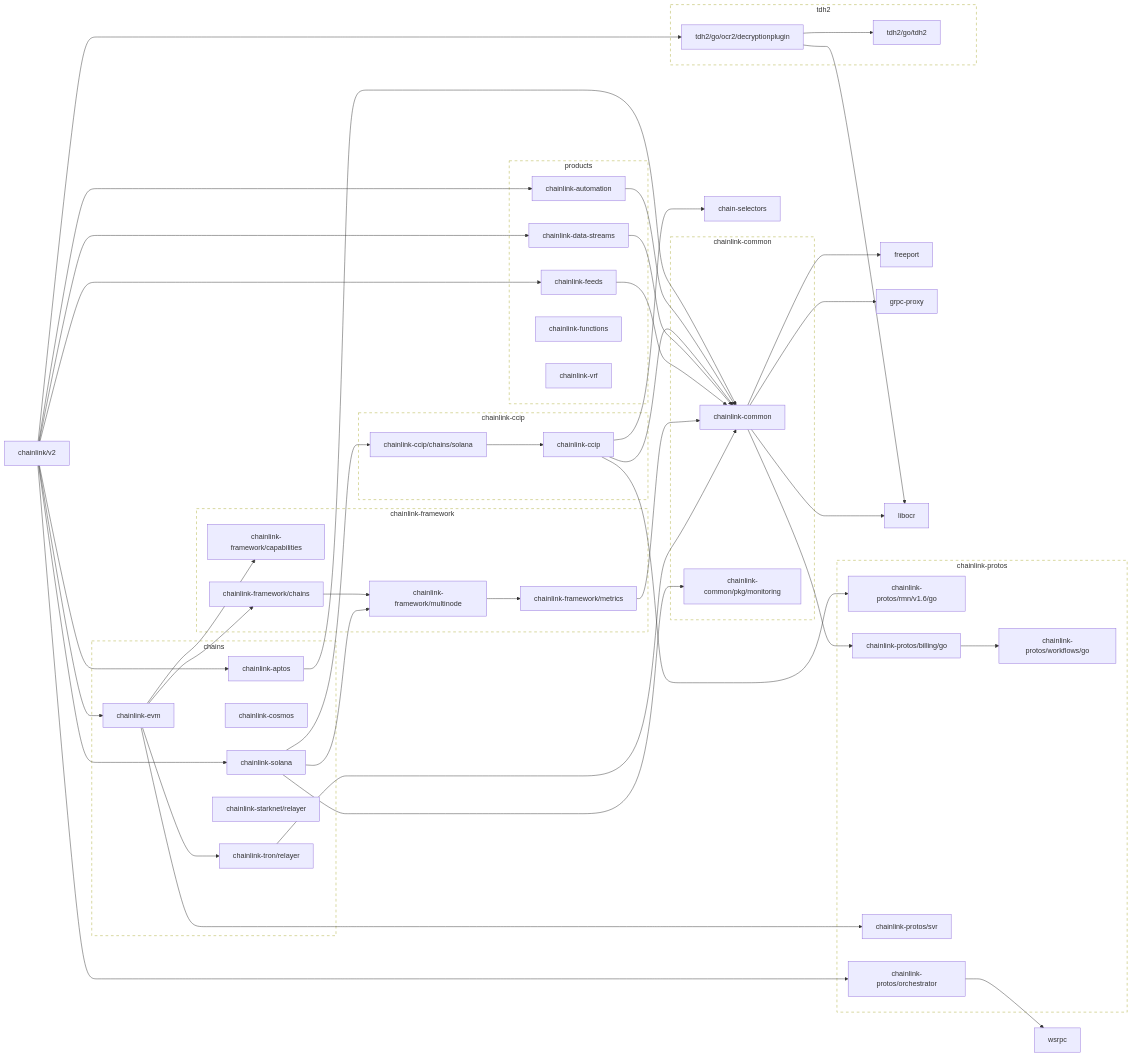
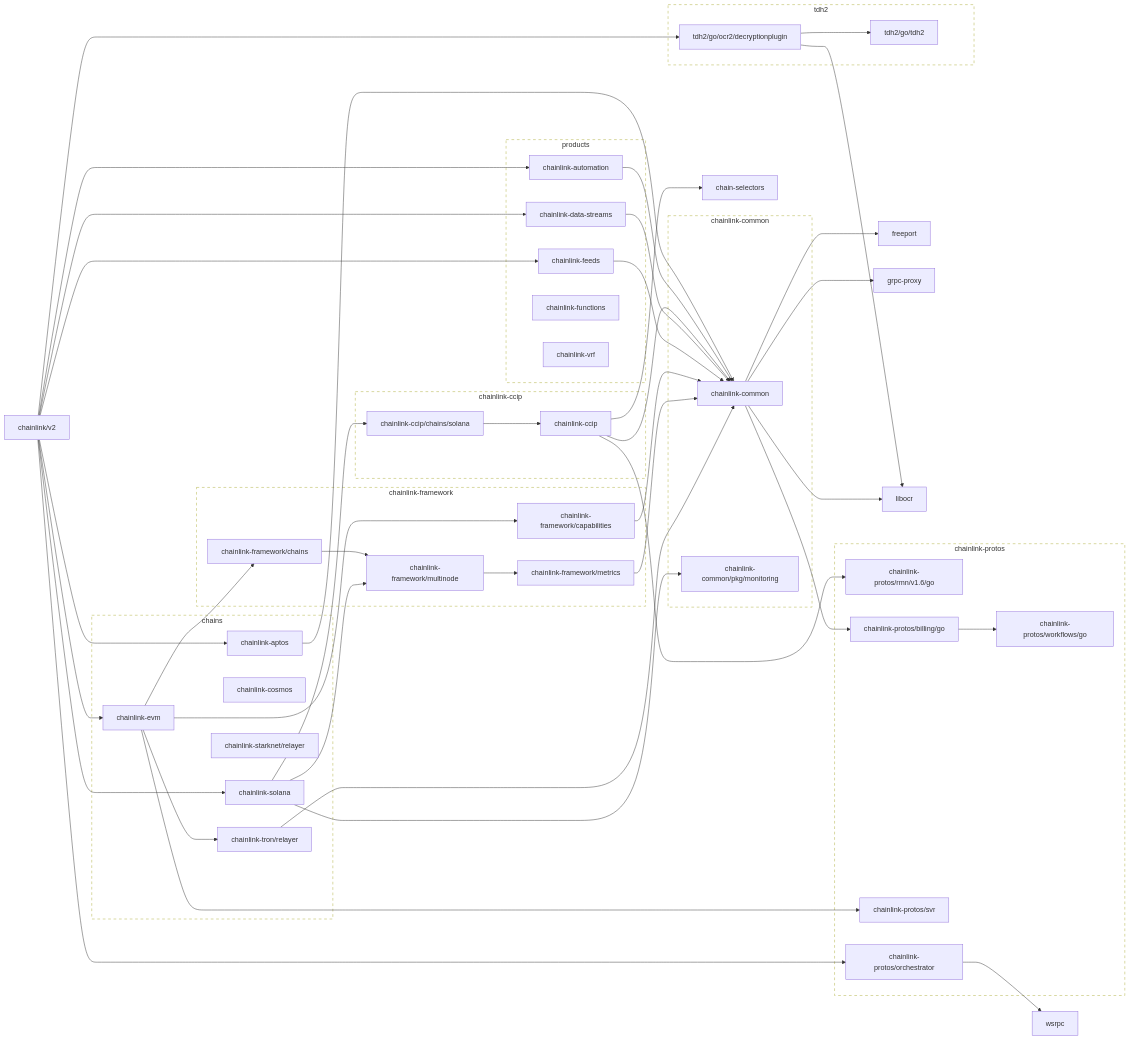
The first of 2 diagrams in go.md (JohnDaWalka/chainlink), drawn with Mermaid before and after one commit. The commit also changed other lines of this file and 38 other files, not shown here.

```diff
--- a/go.md
+++ b/go.md
@@ -50,7 +50,7 @@
 	click chainlink-evm href "https://github.com/smartcontractkit/chainlink-evm"
 	chainlink-feeds --> chainlink-common
 	click chainlink-feeds href "https://github.com/smartcontractkit/chainlink-feeds"
-	chainlink-framework/capabilities
+	chainlink-framework/capabilities --> chainlink-common
 	click chainlink-framework/capabilities href "https://github.com/smartcontractkit/chainlink-framework"
 	chainlink-framework/chains --> chainlink-framework/multinode
 	click chainlink-framework/chains href "https://github.com/smartcontractkit/chainlink-framework"
```
